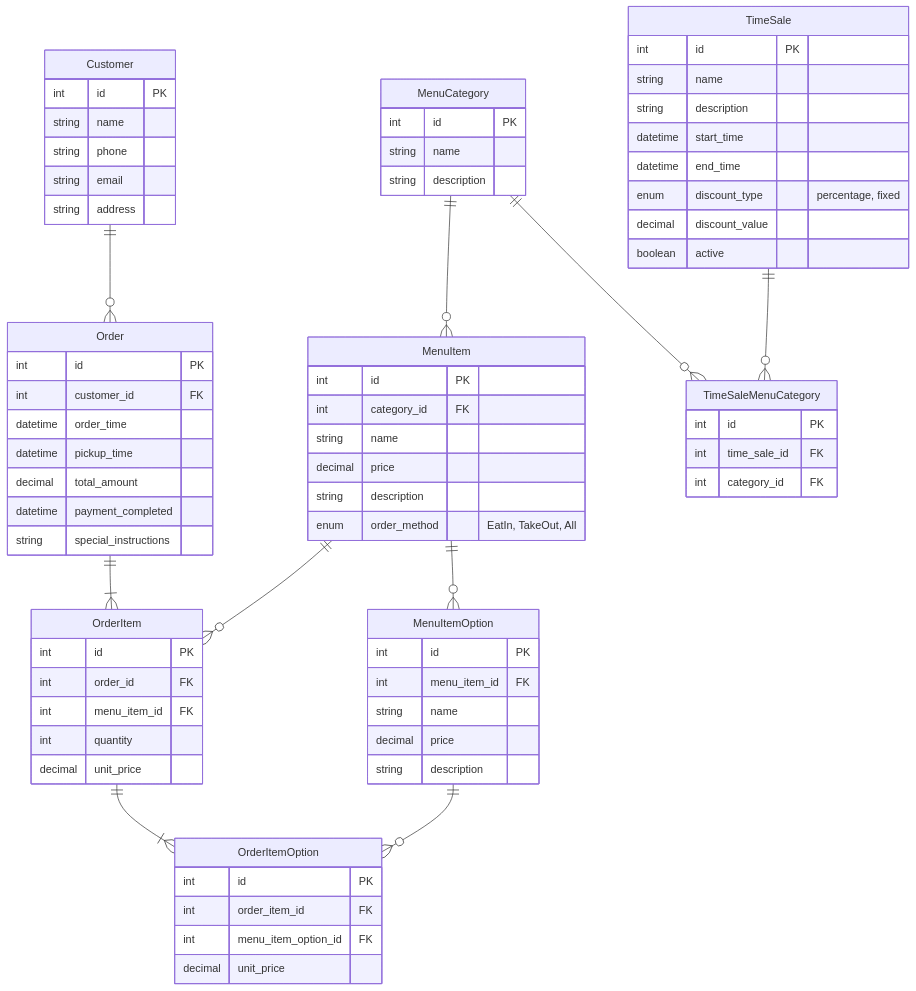
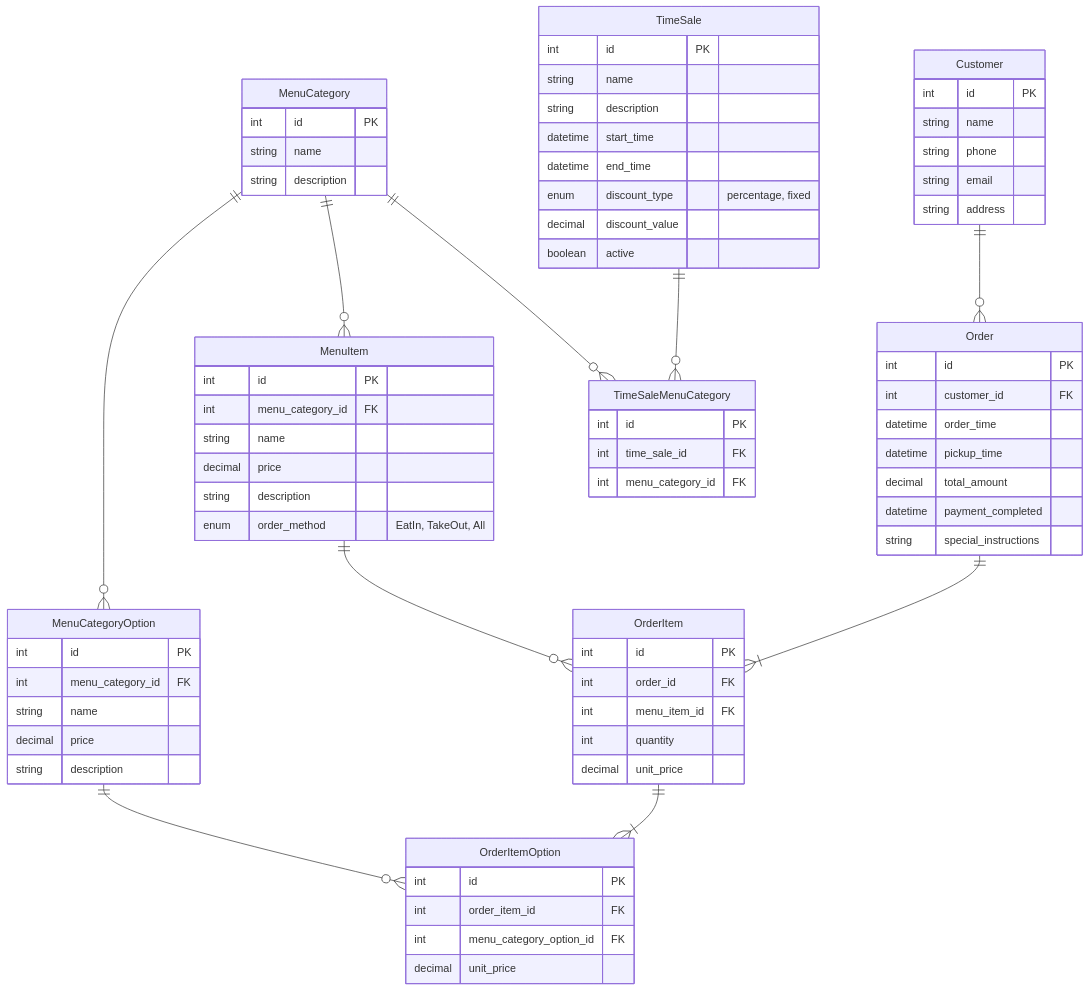
One commit to daiki-tadokoro/praha-challenge changed the diagram in Database/01_modeling/課題3.md. Above: the diagram before and after it, drawn with Mermaid. The commit also changed other lines of this file, not shown here.

````diff
--- a/Database/01_modeling/課題3.md
+++ b/Database/01_modeling/課題3.md
@@ -9,8 +9,8 @@
     OrderItem ||--|{ OrderItemOption : ""
     MenuItem ||--o{ OrderItem : ""
     MenuCategory ||--o{ MenuItem : ""
-    MenuItem ||--o{ MenuItemOption : ""
-    MenuItemOption ||--o{ OrderItemOption : ""
+    MenuCategory ||--o{ MenuCategoryOption : ""
+    MenuCategoryOption ||--o{ OrderItemOption : ""
     TimeSale ||--o{ TimeSaleMenuCategory : ""
     MenuCategory ||--o{ TimeSaleMenuCategory : ""
 
@@ -43,22 +43,22 @@
     OrderItemOption {
         int id PK
         int order_item_id FK
-        int menu_item_option_id FK
+        int menu_category_option_id FK
         decimal unit_price
     }
 
     MenuItem {
         int id PK
-        int category_id FK
+        int menu_category_id FK
         string name
         decimal price
         string description
         enum order_method "EatIn, TakeOut, All"
     }
 
-    MenuItemOption {
+    MenuCategoryOption {
         int id PK
-        int menu_item_id FK
+        int menu_category_id FK
         string name
         decimal price
         string description
@@ -84,6 +84,6 @@
     TimeSaleMenuCategory {
         int id PK
         int time_sale_id FK
-        int category_id FK
+        int menu_category_id FK
     }
 ```
````
